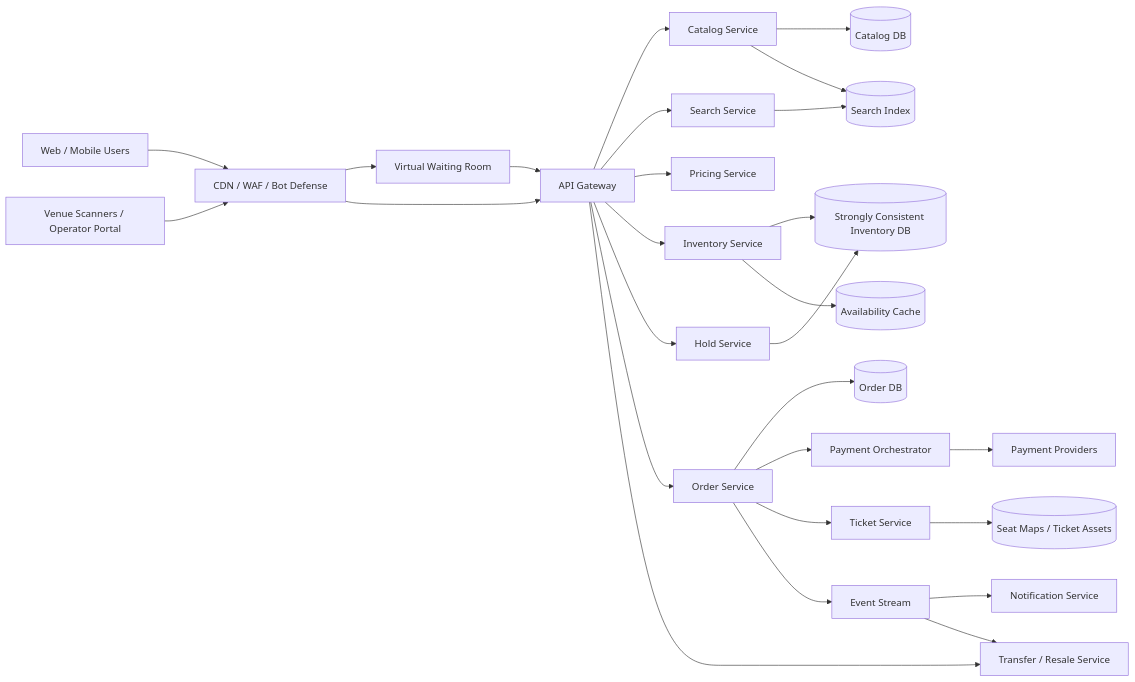
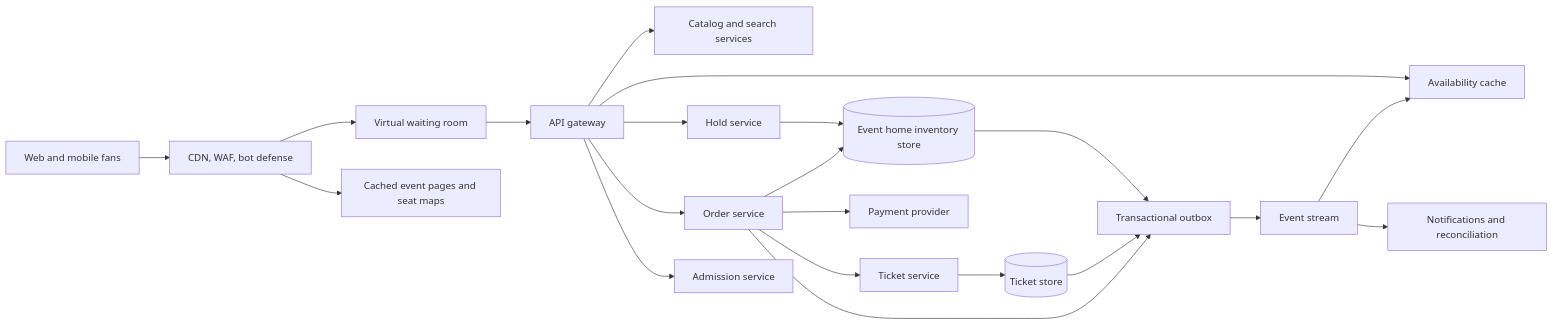
The second of 5 diagrams in ticketmaster-system-design.md (Pranshu258/system-design), drawn with Mermaid before and after one commit. The commit also changed other lines of this file and 23 other files, not shown here.

````diff
--- a/ticketmaster-system-design.md
+++ b/ticketmaster-system-design.md
@@ -52,44 +132,23 @@
 ```mermaid
 flowchart LR
-    U[Web / Mobile Users]
-    V[Venue Scanners / Operator Portal]
-    EDGE[CDN / WAF / Bot Defense]
-    WAIT[Virtual Waiting Room]
-    API[API Gateway]
-    CATALOG[Catalog Service]
-    SEARCH[Search Service]
-    PRICE[Pricing Service]
-    INV[Inventory Service]
-    HOLD[Hold Service]
-    ORDER[Order Service]
-    PAY[Payment Orchestrator]
-    TICKET[Ticket Service]
-    TRANSFER[Transfer / Resale Service]
-    NOTIFY[Notification Service]
-    BUS[Event Stream]
-    CATDB[(Catalog DB)]
-    IDX[(Search Index)]
-    INVDB[(Strongly Consistent Inventory DB)]
-    ORDERDB[(Order DB)]
-    CACHE[(Availability Cache)]
-    OBJ[(Seat Maps / Ticket Assets)]
-    PSP[Payment Providers]
-
-    U --> EDGE --> WAIT --> API
-    V --> EDGE --> API
-    API --> CATALOG --> CATDB
-    CATALOG --> IDX
-    API --> SEARCH --> IDX
-    API --> PRICE
-    API --> INV --> INVDB
-    API --> HOLD --> INVDB
-    API --> ORDER --> ORDERDB
-    ORDER --> PAY --> PSP
-    ORDER --> TICKET
-    API --> TRANSFER
-    INV --> CACHE
-    ORDER --> BUS
-    BUS --> NOTIFY
-    BUS --> TRANSFER
-    TICKET --> OBJ
+    U["Web and mobile fans"] --> EDGE["CDN, WAF, bot defense"]
+    EDGE --> WAIT["Virtual waiting room"]
+    EDGE --> CACHED["Cached event pages and seat maps"]
+    WAIT --> API["API gateway"]
+    API --> CATALOG["Catalog and search services"]
+    API --> AVAIL["Availability cache"]
+    API --> HOLD["Hold service"]
+    HOLD --> INVDB[("Event home inventory store")]
+    API --> ORDER["Order service"]
+    ORDER --> INVDB
+    ORDER --> PAY["Payment provider"]
+    ORDER --> TICKET["Ticket service"]
+    TICKET --> TICKETDB[("Ticket store")]
+    INVDB --> OUTBOX["Transactional outbox"]
+    ORDER --> OUTBOX
+    TICKETDB --> OUTBOX
+    OUTBOX --> BUS["Event stream"]
+    BUS --> AVAIL
+    BUS --> NOTIFY["Notifications and reconciliation"]
+    API --> SCAN["Admission service"]
 ```
````
